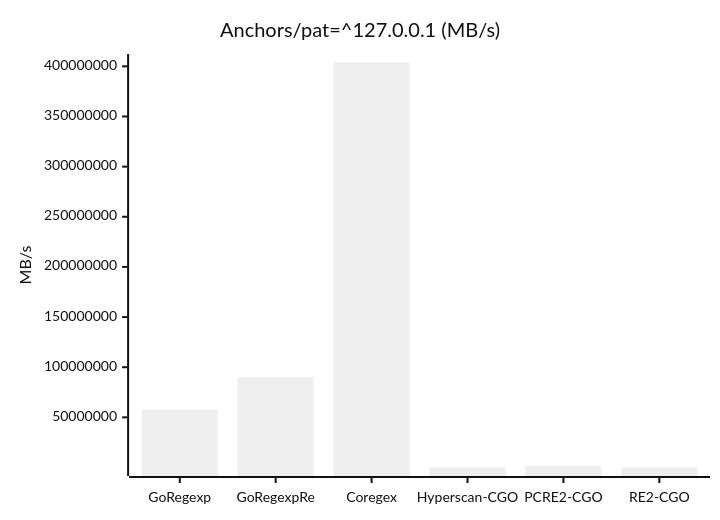
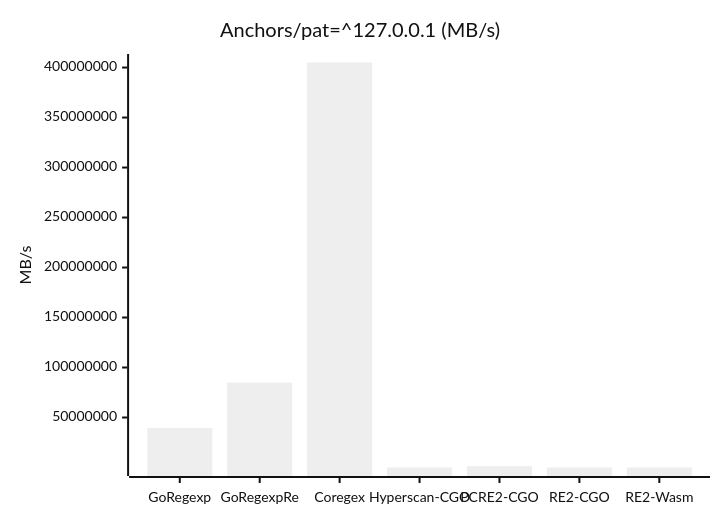
One commit to kamichidu/go-regexp-re changed the fifth of 47 diagrams in _benchmark_results/cgo_engines.md. Above: the diagram before and after it, drawn with Mermaid (neutral theme). The commit also changed other lines of this file and 1 other file, not shown here.

````diff
--- a/_benchmark_results/cgo_engines.md
+++ b/_benchmark_results/cgo_engines.md
@@ -142,7 +142,7 @@
 ```mermaid
 xychart-beta
     title "Anchors/pat=^127.0.0.1 (MB/s)"
-    x-axis ["GoRegexp", "GoRegexpRe", "Coregex", "Hyperscan-CGO", "PCRE2-CGO", "RE2-CGO"]
+    x-axis ["GoRegexp", "GoRegexpRe", "Coregex", "Hyperscan-CGO", "PCRE2-CGO", "RE2-CGO", "RE2-Wasm"]
     y-axis "MB/s"
-    bar [57721349.19, 90055446.87, 403825534.95, 2385.64, 1440371.94, 4889.20]
+    bar [39486396.09, 84907190.33, 405047219.90, 2155.04, 1367386.89, 5240.02, 5172.25]
 ```
````
